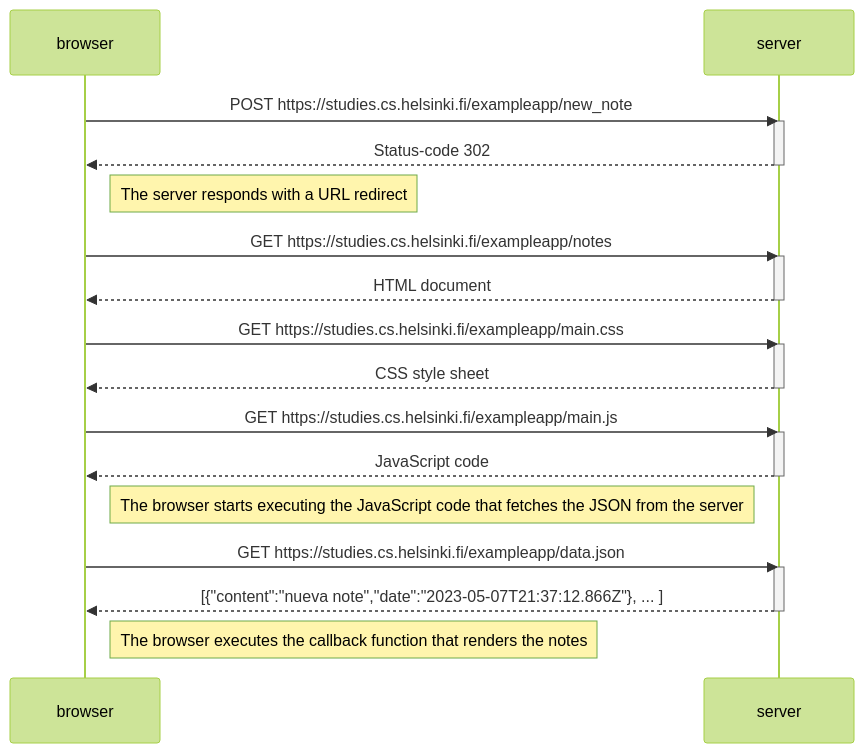
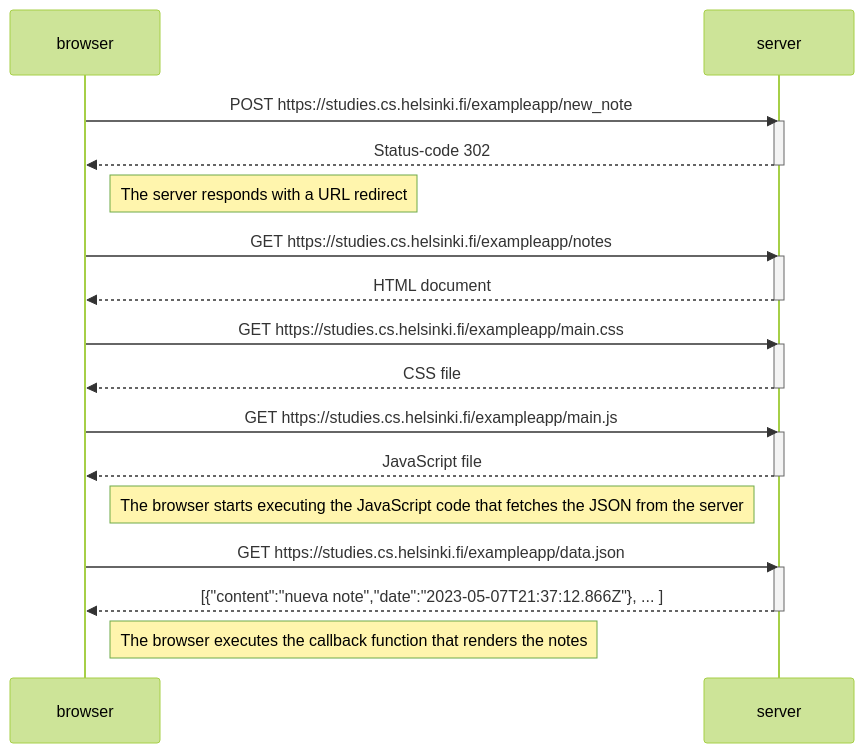
The diagram in part0/exercise0-4.md (villenattinen/fullstack-open), drawn with Mermaid (forest theme) before and after one commit.

Commit message:
Changed wording

````diff
--- a/part0/exercise0-4.md
+++ b/part0/exercise0-4.md
@@ -1,36 +1,36 @@
 ```mermaid
 sequenceDiagram
     participant browser
     participant server
 
     browser->>server: POST https://studies.cs.helsinki.fi/exampleapp/new_note
     activate server
     server-->>browser: Status-code 302
     deactivate server
 
     Note right of browser: The server responds with a URL redirect
 
     browser->>server: GET https://studies.cs.helsinki.fi/exampleapp/notes
     activate server
     server-->>browser: HTML document
     deactivate server
 
     browser->>server: GET https://studies.cs.helsinki.fi/exampleapp/main.css
     activate server
-    server-->>browser: CSS style sheet
+    server-->>browser: CSS file
     deactivate server
 
     browser->>server: GET https://studies.cs.helsinki.fi/exampleapp/main.js
     activate server
-    server-->>browser: JavaScript code
+    server-->>browser: JavaScript file
     deactivate server
 
     Note right of browser: The browser starts executing the JavaScript code that fetches the JSON from the server
 
     browser->>server: GET https://studies.cs.helsinki.fi/exampleapp/data.json
     activate server
     server-->>browser: [{"content":"nueva note","date":"2023-05-07T21:37:12.866Z"}, ... ]
     deactivate server
 
     Note right of browser: The browser executes the callback function that renders the notes
 ```
````
